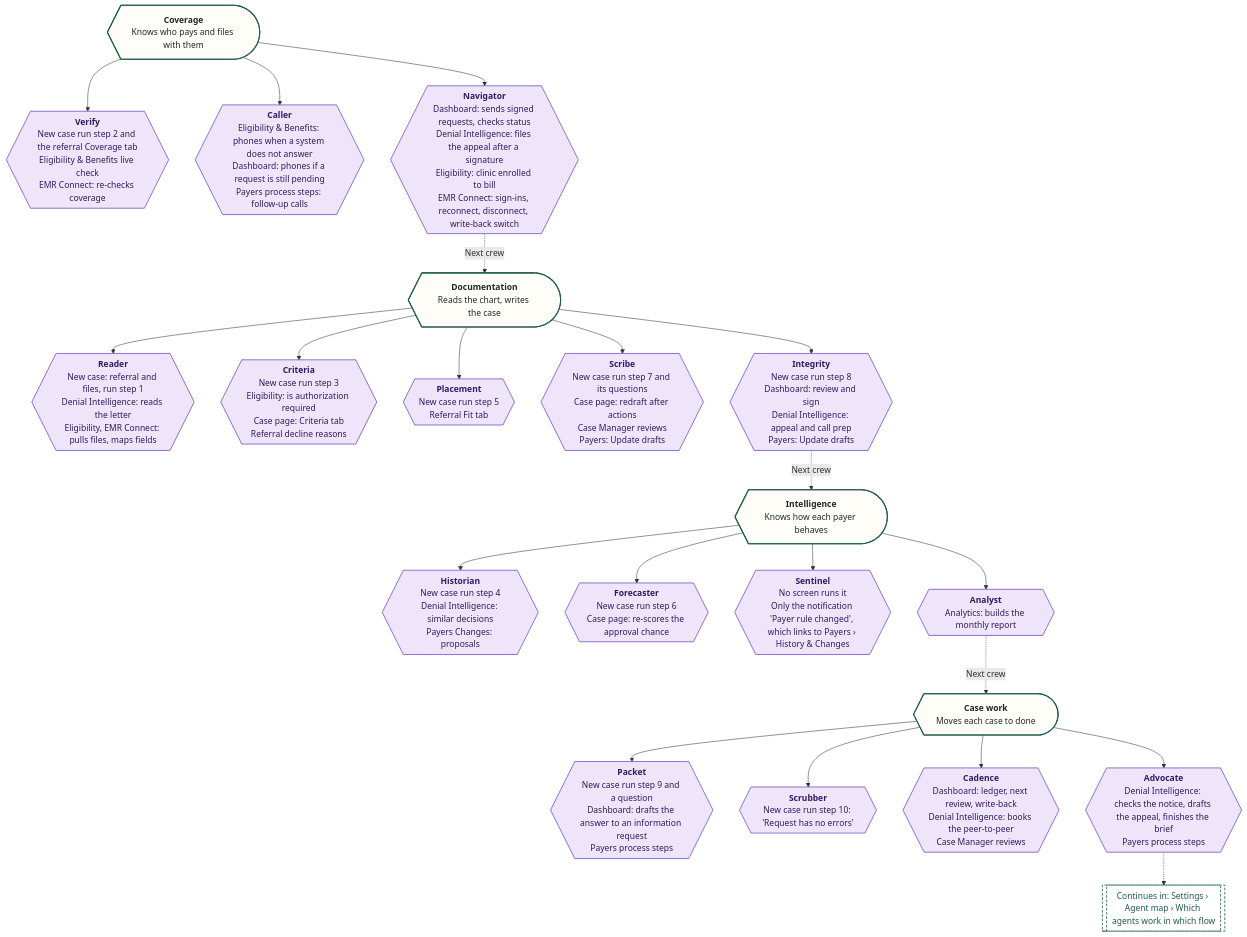
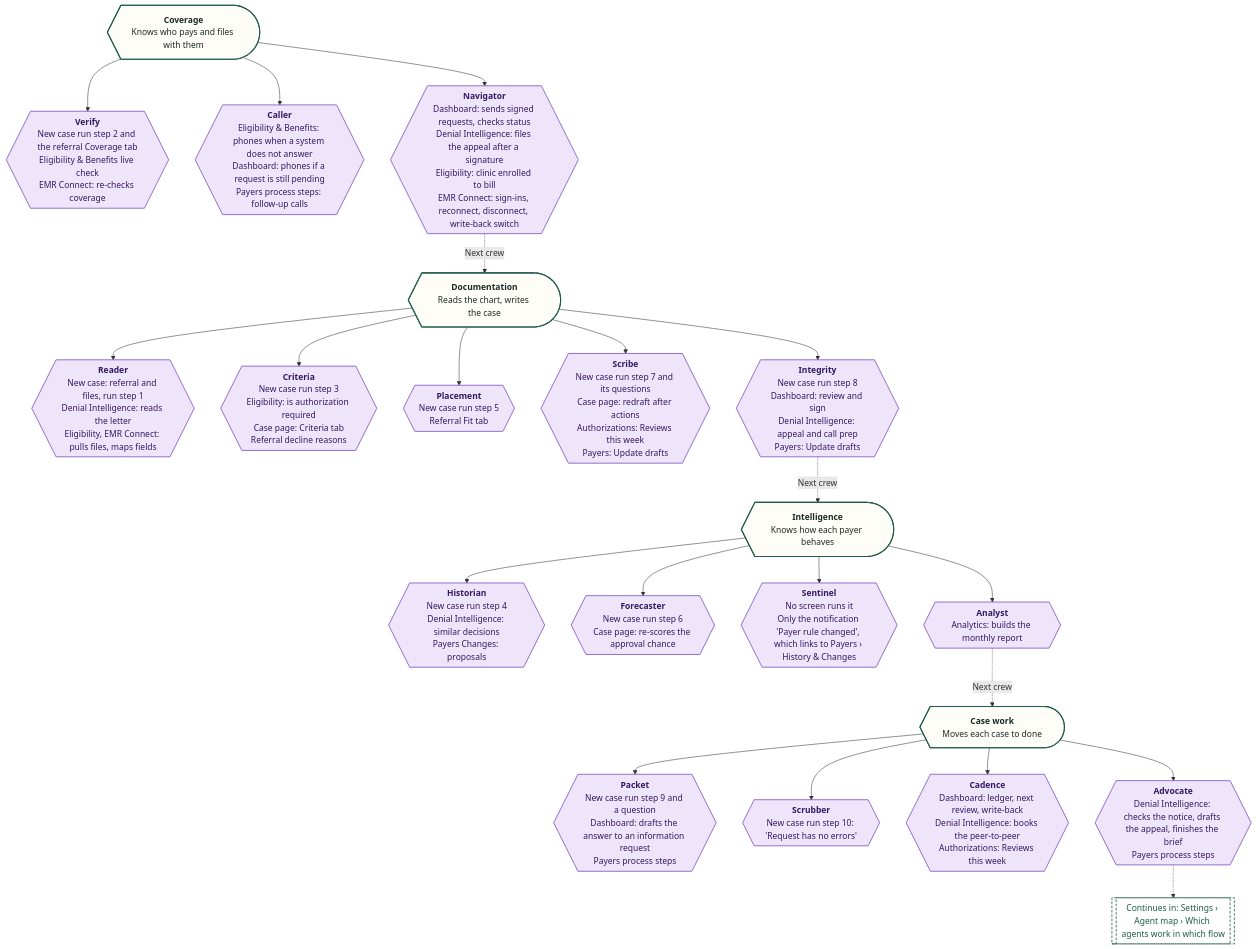
Before and after one commit to Shrav143/psyfloapp: the tenth of 11 diagrams in demos/prior-auth-demo/workflows/out/md/11-settings.md, drawn with Mermaid. The commit also changed other lines of this file and 113 other files, not shown here.

First line of the commit message:
docs: workflow diagrams for the merged Authorizations (worklist, approved, reviews and tracked cases, sidebar arrow), every link retargeted, 336 diagrams

````diff
--- a/demos/prior-auth-demo/workflows/out/md/11-settings.md
+++ b/demos/prior-auth-demo/workflows/out/md/11-settings.md
@@ -751,52 +751,52 @@
 ```mermaid
 %%{init: {"theme":"base","themeVariables":{"fontFamily":"'DM Sans', 'Segoe UI', system-ui, sans-serif","fontSize":"15px","lineColor":"#5B6B63","primaryTextColor":"#1C2B25","clusterBkg":"#FBF8F3","clusterBorder":"#D9CDBB","edgeLabelBackground":"#FFFFFF"},"flowchart":{"curve":"basis","nodeSpacing":36,"rankSpacing":48,"padding":12,"htmlLabels":true,"useMaxWidth":false,"wrappingWidth":230}} }%%
 flowchart TD
   classDef k_start fill:#1F5C4B,stroke:#174638,color:#FFFFFF,stroke-width:1.5px,font-weight:600
   classDef k_end fill:#DDEFE3,stroke:#2E7D4F,color:#14502F,stroke-width:1.5px,font-weight:600
   classDef k_endx fill:#FBE3E0,stroke:#C0392B,color:#7A1F16,stroke-width:1.5px,font-weight:600
   classDef k_screen fill:#FFFDF8,stroke:#1F5C4B,color:#1C2B25,stroke-width:2px
   classDef k_overlay fill:#F1F7F3,stroke:#1F5C4B,color:#1C2B25,stroke-width:2px,stroke-dasharray:5 3
   classDef k_click fill:#DCEBFA,stroke:#2F6DB5,color:#12365F,stroke-width:1.5px
   classDef k_input fill:#E4E7FF,stroke:#4C5FD5,color:#1D2670,stroke-width:1.5px
   classDef k_process fill:#EEF0EE,stroke:#7A857F,color:#26302B,stroke-width:1.5px
   classDef k_agent fill:#EEE5FA,stroke:#7A4FC2,color:#341A63,stroke-width:1.5px
   classDef k_decision fill:#FFF0CC,stroke:#D9962B,color:#5C3B00,stroke-width:1.5px
   classDef k_store fill:#D5F0EA,stroke:#1C8E7B,color:#0B4A3F,stroke-width:1.5px
   classDef k_doc fill:#F6E9DC,stroke:#B07A4C,color:#4A2E14,stroke-width:1.5px
   classDef k_ext fill:#FFE6D2,stroke:#E07B39,color:#6B2F06,stroke-width:1.5px
   classDef k_wait fill:#E4E8EE,stroke:#6B7C93,color:#26303D,stroke-width:1.5px
   classDef k_toast fill:#FFF9DB,stroke:#C9A400,color:#5A4A00,stroke-width:1.5px
   classDef k_goto fill:#FFFFFF,stroke:#1F5C4B,color:#1F5C4B,stroke-width:1.5px,stroke-dasharray:5 3
   c1@{ shape: curv-trap, label: "<b>Coverage</b><br/>Knows who pays and files with them" }
   verify@{ shape: hex, label: "<b>Verify</b><br/>New case run step 2 and the referral Coverage tab<br/>Eligibility & Benefits live check<br/>EMR Connect: re-checks coverage" }
   caller@{ shape: hex, label: "<b>Caller</b><br/>Eligibility & Benefits: phones when a system does not answer<br/>Dashboard: phones if a request is still pending<br/>Payers process steps: follow-up calls" }
   navigator@{ shape: hex, label: "<b>Navigator</b><br/>Dashboard: sends signed requests, checks status<br/>Denial Intelligence: files the appeal after a signature<br/>Eligibility: clinic enrolled to bill<br/>EMR Connect: sign-ins, reconnect, disconnect, write-back switch" }
   c2@{ shape: curv-trap, label: "<b>Documentation</b><br/>Reads the chart, writes the case" }
   reader@{ shape: hex, label: "<b>Reader</b><br/>New case: referral and files, run step 1<br/>Denial Intelligence: reads the letter<br/>Eligibility, EMR Connect: pulls files, maps fields" }
   criteria@{ shape: hex, label: "<b>Criteria</b><br/>New case run step 3<br/>Eligibility: is authorization required<br/>Case page: Criteria tab<br/>Referral decline reasons" }
   placement@{ shape: hex, label: "<b>Placement</b><br/>New case run step 5<br/>Referral Fit tab" }
-  scribe@{ shape: hex, label: "<b>Scribe</b><br/>New case run step 7 and its questions<br/>Case page: redraft after actions<br/>Case Manager reviews<br/>Payers: Update drafts" }
+  scribe@{ shape: hex, label: "<b>Scribe</b><br/>New case run step 7 and its questions<br/>Case page: redraft after actions<br/>Authorizations: Reviews this week<br/>Payers: Update drafts" }
   integrity@{ shape: hex, label: "<b>Integrity</b><br/>New case run step 8<br/>Dashboard: review and sign<br/>Denial Intelligence: appeal and call prep<br/>Payers: Update drafts" }
   c3@{ shape: curv-trap, label: "<b>Intelligence</b><br/>Knows how each payer behaves" }
   historian@{ shape: hex, label: "<b>Historian</b><br/>New case run step 4<br/>Denial Intelligence: similar decisions<br/>Payers Changes: proposals" }
   forecaster@{ shape: hex, label: "<b>Forecaster</b><br/>New case run step 6<br/>Case page: re-scores the approval chance" }
   sentinel@{ shape: hex, label: "<b>Sentinel</b><br/>No screen runs it<br/>Only the notification 'Payer rule changed', which links to Payers › History & Changes" }
   analyst@{ shape: hex, label: "<b>Analyst</b><br/>Analytics: builds the monthly report" }
   c4@{ shape: curv-trap, label: "<b>Case work</b><br/>Moves each case to done" }
   packet@{ shape: hex, label: "<b>Packet</b><br/>New case run step 9 and a question<br/>Dashboard: drafts the answer to an information request<br/>Payers process steps" }
   scrubber@{ shape: hex, label: "<b>Scrubber</b><br/>New case run step 10: 'Request has no errors'" }
-  cadence@{ shape: hex, label: "<b>Cadence</b><br/>Dashboard: ledger, next review, write-back<br/>Denial Intelligence: books the peer-to-peer<br/>Case Manager reviews" }
+  cadence@{ shape: hex, label: "<b>Cadence</b><br/>Dashboard: ledger, next review, write-back<br/>Denial Intelligence: books the peer-to-peer<br/>Authorizations: Reviews this week" }
   advocate@{ shape: hex, label: "<b>Advocate</b><br/>Denial Intelligence: checks the notice, drafts the appeal, finishes the brief<br/>Payers process steps" }
   g1@{ shape: subproc, label: "Continues in: Settings › Agent map › Which agents work in which flow" }
   c1 --> verify & caller & navigator
   navigator -.->|"Next crew"| c2
   c2 --> reader & criteria & placement & scribe & integrity
   integrity -.->|"Next crew"| c3
   c3 --> historian & forecaster & sentinel & analyst
   analyst -.->|"Next crew"| c4
   c4 --> packet & scrubber & cadence & advocate
   advocate -.-> g1
   class c1,c2,c3,c4 k_screen
   class verify,caller,navigator,reader,criteria,placement,scribe,integrity,historian,forecaster,sentinel,analyst,packet,scrubber,cadence,advocate k_agent
   class g1 k_goto
 ```
````
